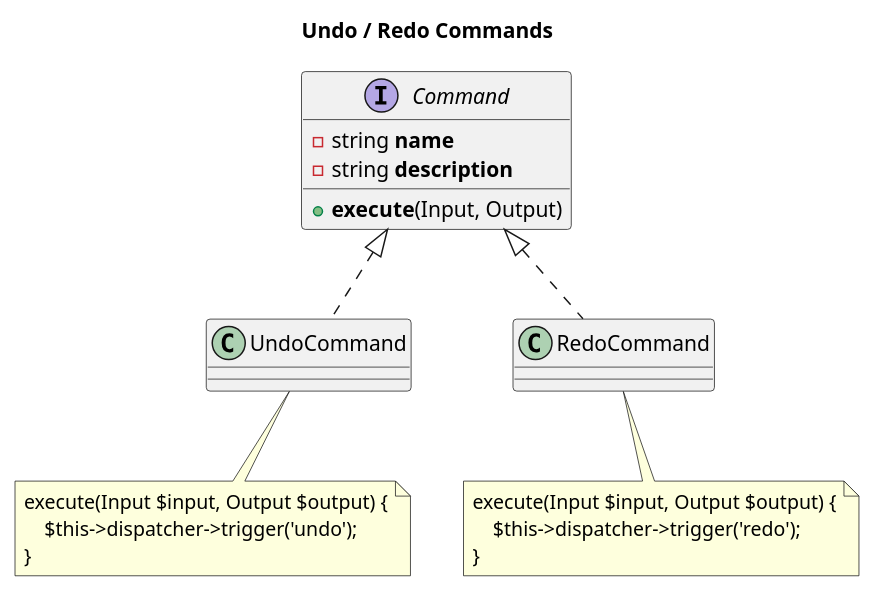
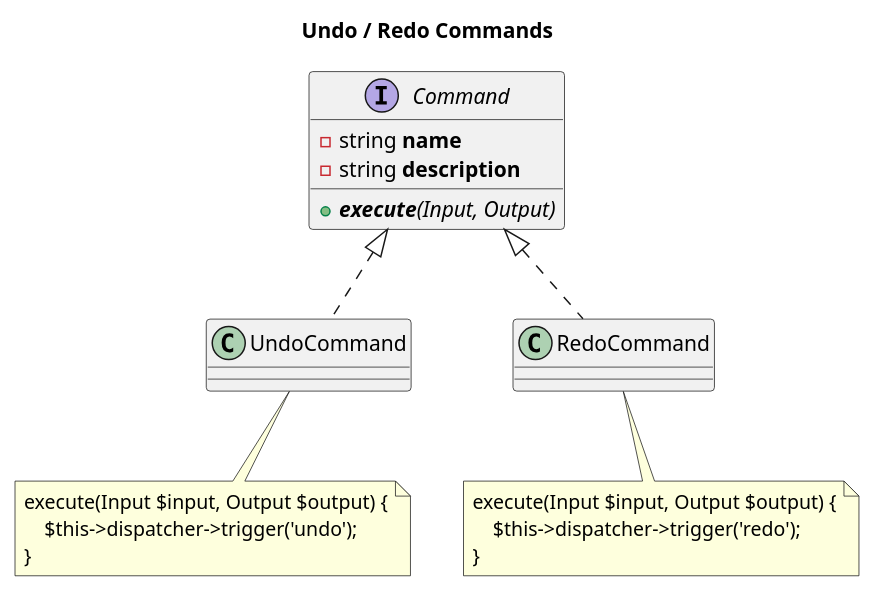
Before and after one commit to nibralab/joomla-architecture: the diagram in src/class-undo-command.puml, drawn with PlantUML. The commit also changed 1 other file, not shown here.

Commit message:
Added {abstract} keyword to interface methods

```diff
--- a/src/class-undo-command.puml
+++ b/src/class-undo-command.puml
@@ -1,23 +1,23 @@
 @startuml
 title Undo / Redo Commands
 interface Command {
     -string <b>name</b>
     -string <b>description</b>
-    +<b>execute</b>(Input, Output)
+    +{abstract} <b>execute</b>(Input, Output)
 }
 class UndoCommand implements Command
 note as UndoCommandNote
     execute(Input $input, Output $output) {
         $this->dispatcher->trigger('undo');
     }
 end note
 UndoCommand -d- UndoCommandNote
 
 class RedoCommand implements Command
 note as RedoCommandNote
     execute(Input $input, Output $output) {
         $this->dispatcher->trigger('redo');
     }
 end note
 RedoCommand -d- RedoCommandNote
 @enduml
```
